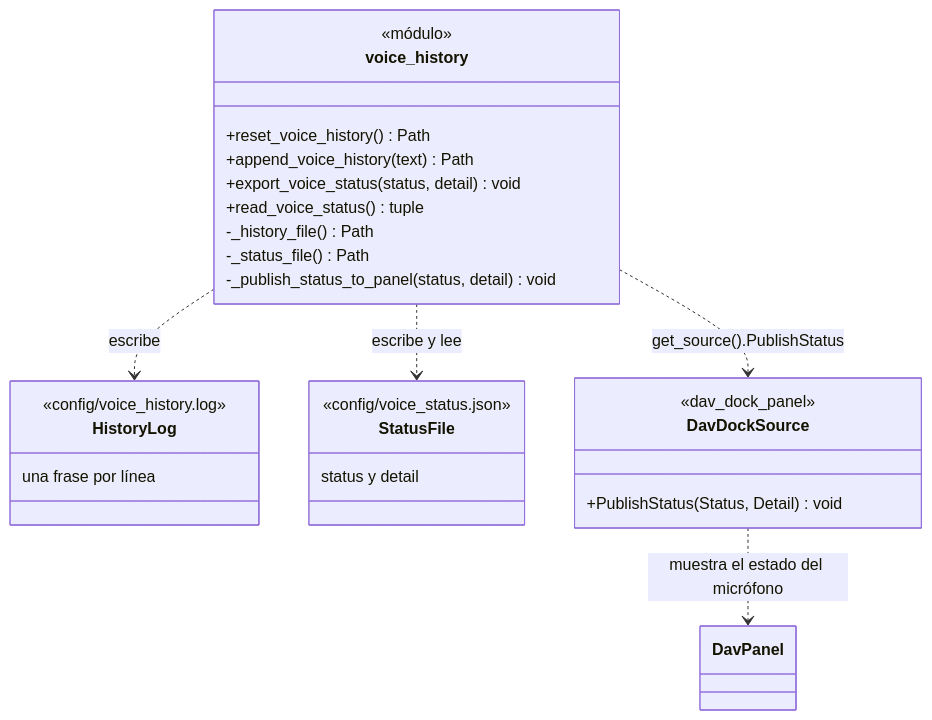
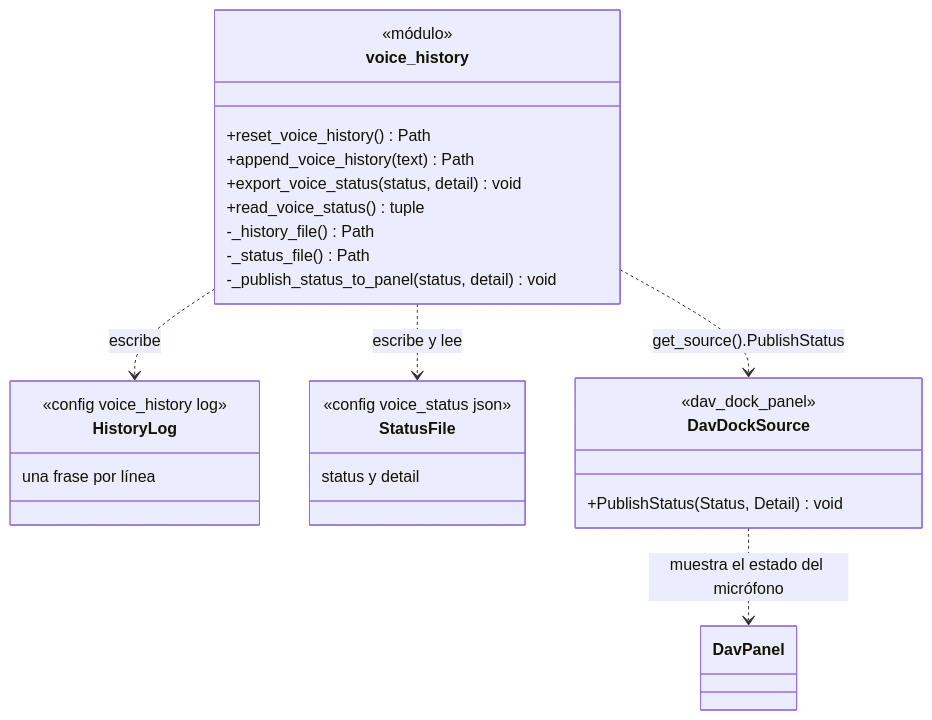
Before and after one commit to DAv-Project-Team-UADER/DAV: the diagram in Dav/docs/diagramas/VoiceHistory.md, drawn with Mermaid. The commit also changed 12 other files, not shown here.

First line of the commit message:
Docs: revamp dic/CONTEXT and fix diagrams

````diff
--- a/Dav/docs/diagramas/VoiceHistory.md
+++ b/Dav/docs/diagramas/VoiceHistory.md
@@ -10,35 +10,35 @@
 ```mermaid
 classDiagram
     class voice_history {
         <<módulo>>
         +reset_voice_history() Path
         +append_voice_history(text) Path
         +export_voice_status(status, detail) void
         +read_voice_status() tuple
         -_history_file() Path
         -_status_file() Path
         -_publish_status_to_panel(status, detail) void
     }
 
     class HistoryLog {
-        <<config/voice_history.log>>
+        <<config voice_history log>>
         una frase por línea
     }
 
     class StatusFile {
-        <<config/voice_status.json>>
+        <<config voice_status json>>
         status y detail
     }
 
     class DavDockSource {
         <<dav_dock_panel>>
         +PublishStatus(Status, Detail) void
     }
 
     class DavPanel
 
     voice_history ..> HistoryLog : escribe
     voice_history ..> StatusFile : escribe y lee
     voice_history ..> DavDockSource : get_source().PublishStatus
     DavDockSource ..> DavPanel : muestra el estado del micrófono
 ```
````
